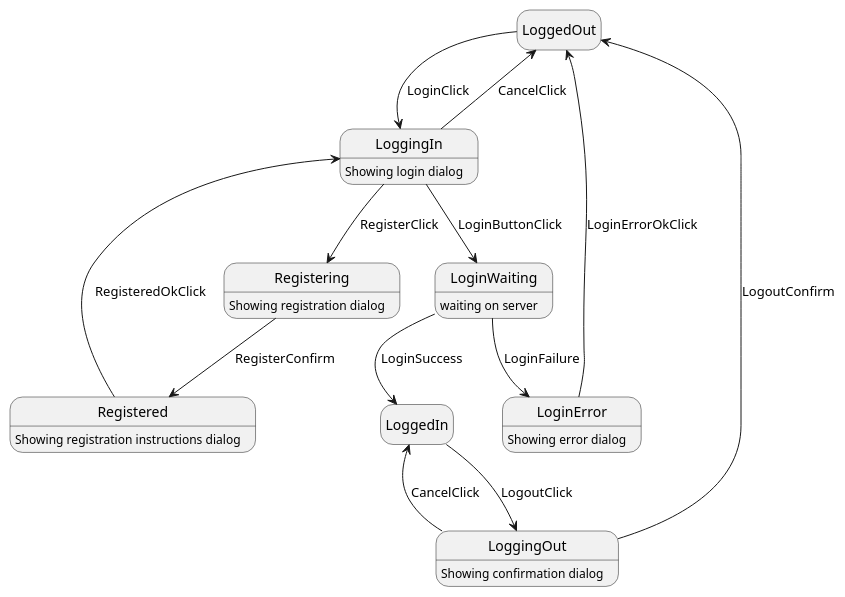
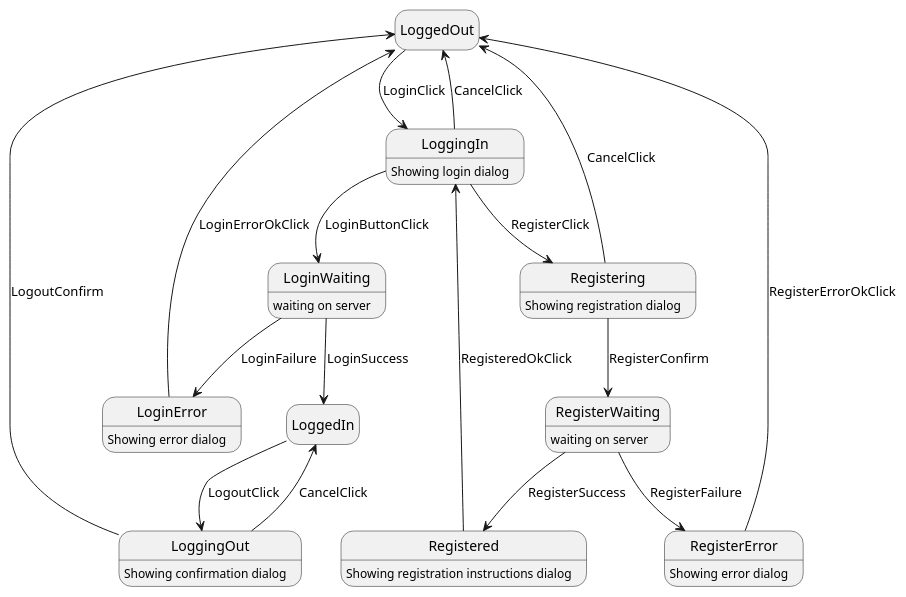
The diagram in design/user management/Login Logout.plantuml (Zer0-Vector/swn-faction-tracker), drawn with PlantUML before and after one commit.

Commit message:
rework registering state design

```diff
--- a/design/user management/Login Logout.plantuml
+++ b/design/user management/Login Logout.plantuml
@@ -1,26 +1,32 @@
 @startuml Login Logout States
 hide empty description
 
 state LoggedOut
 state LoggingIn : Showing login dialog
 state LoginWaiting : waiting on server
 state LoginError : Showing error dialog
 state LoggingOut : Showing confirmation dialog
 state Registering : Showing registration dialog
 state Registered : Showing registration instructions dialog
+state RegisterError : Showing error dialog
+state RegisterWaiting : waiting on server
 
 LoggedOut --> LoggingIn : LoginClick
 LoggingIn --> LoginWaiting : LoginButtonClick
 LoginWaiting --> LoggedIn : LoginSuccess
 LoggingIn --> LoggedOut : CancelClick
 LoggedIn --> LoggingOut : LogoutClick
 LoggingOut --> LoggedIn : CancelClick
 LoggingOut --> LoggedOut : LogoutConfirm
 LoginWaiting --> LoginError : LoginFailure
 LoginError --> LoggedOut : LoginErrorOkClick
 LoggingIn --> Registering : RegisterClick
-Registering --> Registered : RegisterConfirm
+Registering --> RegisterWaiting : RegisterConfirm
+RegisterWaiting --> Registered : RegisterSuccess
+RegisterWaiting --> RegisterError : RegisterFailure
+RegisterError --> LoggedOut : RegisterErrorOkClick
 Registered --> LoggingIn : RegisteredOkClick
+Registering --> LoggedOut : CancelClick
 
 
 @enduml
```
